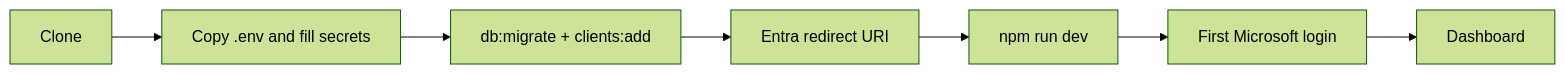
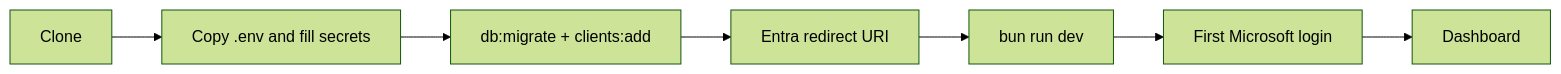
Before and after one commit to basishacks/basis-docs: the diagram in docs/getting-started.md, drawn with Mermaid (forest theme). The commit also changed other lines of this file, not shown here.

Commit message:
docs: getting-started uses bun and no Docker

````diff
--- a/docs/getting-started.md
+++ b/docs/getting-started.md
@@ -68,9 +68,9 @@
 ```mermaid
 flowchart LR
   A[Clone] --> B[Copy .env and fill secrets]
   B --> C[db:migrate + clients:add]
   C --> D[Entra redirect URI]
-  D --> E[npm run dev]
+  D -->   E[bun run dev]
   E --> F[First Microsoft login]
   F --> G[Dashboard]
 ```
````
